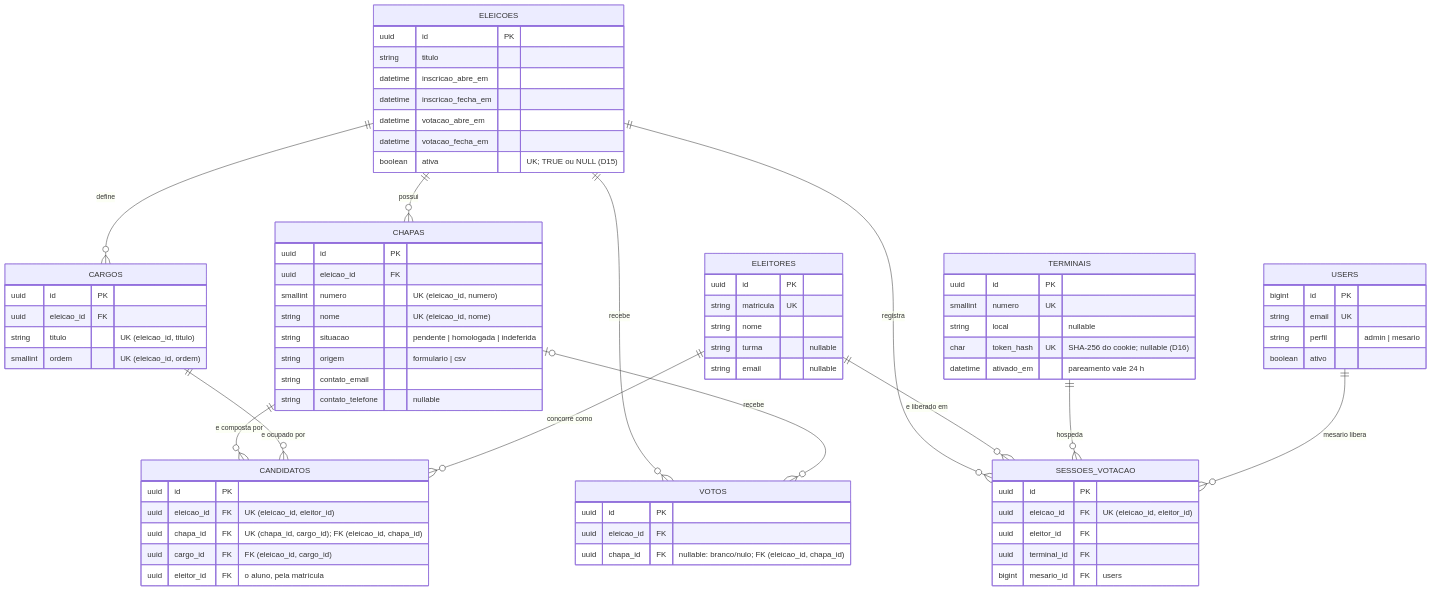
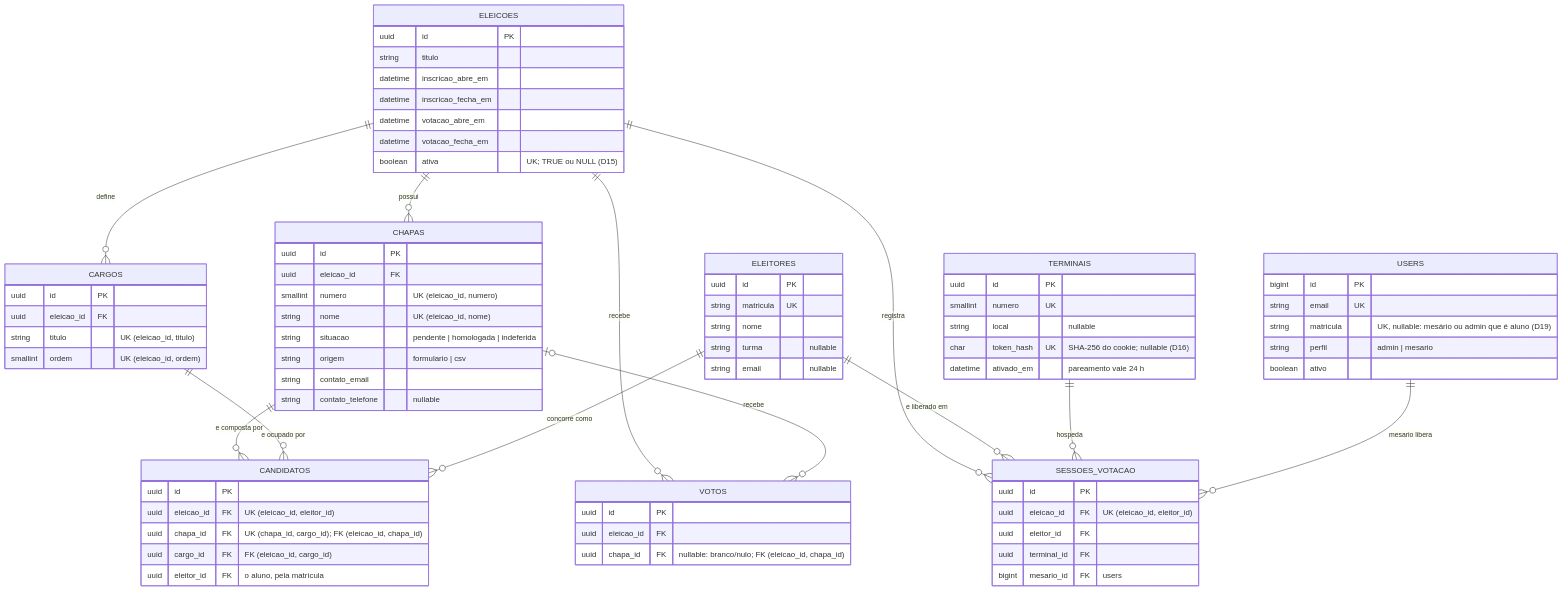
One commit to prof-ronildo-unicatolica/votacao-digitech changed the diagram in docs/MODELO_DADOS.md. Above: the diagram before and after it, drawn with Mermaid. The commit also changed other lines of this file and 39 other files, not shown here.

````diff
--- a/docs/MODELO_DADOS.md
+++ b/docs/MODELO_DADOS.md
@@ -11,79 +11,80 @@
 ```mermaid
 erDiagram
     USERS {
         bigint id PK
         string email UK
+        string matricula "UK, nullable: mesário ou admin que é aluno (D19)"
         string perfil "admin | mesario"
         boolean ativo
     }
     ELEICOES {
         uuid id PK
         string titulo
         datetime inscricao_abre_em
         datetime inscricao_fecha_em
         datetime votacao_abre_em
         datetime votacao_fecha_em
         boolean ativa "UK; TRUE ou NULL (D15)"
     }
     CHAPAS {
         uuid id PK
         uuid eleicao_id FK
         smallint numero "UK (eleicao_id, numero)"
         string nome "UK (eleicao_id, nome)"
         string situacao "pendente | homologada | indeferida"
         string origem "formulario | csv"
         string contato_email
         string contato_telefone "nullable"
     }
     CARGOS {
         uuid id PK
         uuid eleicao_id FK
         string titulo "UK (eleicao_id, titulo)"
         smallint ordem "UK (eleicao_id, ordem)"
     }
     CANDIDATOS {
         uuid id PK
         uuid eleicao_id FK "UK (eleicao_id, eleitor_id)"
         uuid chapa_id FK "UK (chapa_id, cargo_id); FK (eleicao_id, chapa_id)"
         uuid cargo_id FK "FK (eleicao_id, cargo_id)"
         uuid eleitor_id FK "o aluno, pela matrícula"
     }
     ELEITORES {
         uuid id PK
         string matricula UK
         string nome
         string turma "nullable"
         string email "nullable"
     }
     TERMINAIS {
         uuid id PK
         smallint numero UK
         string local "nullable"
         char token_hash UK "SHA-256 do cookie; nullable (D16)"
         datetime ativado_em "pareamento vale 24 h"
     }
     SESSOES_VOTACAO {
         uuid id PK
         uuid eleicao_id FK "UK (eleicao_id, eleitor_id)"
         uuid eleitor_id FK
         uuid terminal_id FK
         bigint mesario_id FK "users"
     }
     VOTOS {
         uuid id PK
         uuid eleicao_id FK
         uuid chapa_id FK "nullable: branco/nulo; FK (eleicao_id, chapa_id)"
     }
 
     ELEICOES ||--o{ CHAPAS : "possui"
     ELEICOES ||--o{ CARGOS : "define"
     CHAPAS   ||--o{ CANDIDATOS : "e composta por"
     CARGOS   ||--o{ CANDIDATOS : "e ocupado por"
     ELEITORES ||--o{ CANDIDATOS : "concorre como"
     ELEICOES ||--o{ SESSOES_VOTACAO : "registra"
     ELEICOES ||--o{ VOTOS : "recebe"
     CHAPAS   |o--o{ VOTOS : "recebe"
     ELEITORES ||--o{ SESSOES_VOTACAO : "e liberado em"
     TERMINAIS ||--o{ SESSOES_VOTACAO : "hospeda"
     USERS    ||--o{ SESSOES_VOTACAO : "mesario libera"
 ```
````
